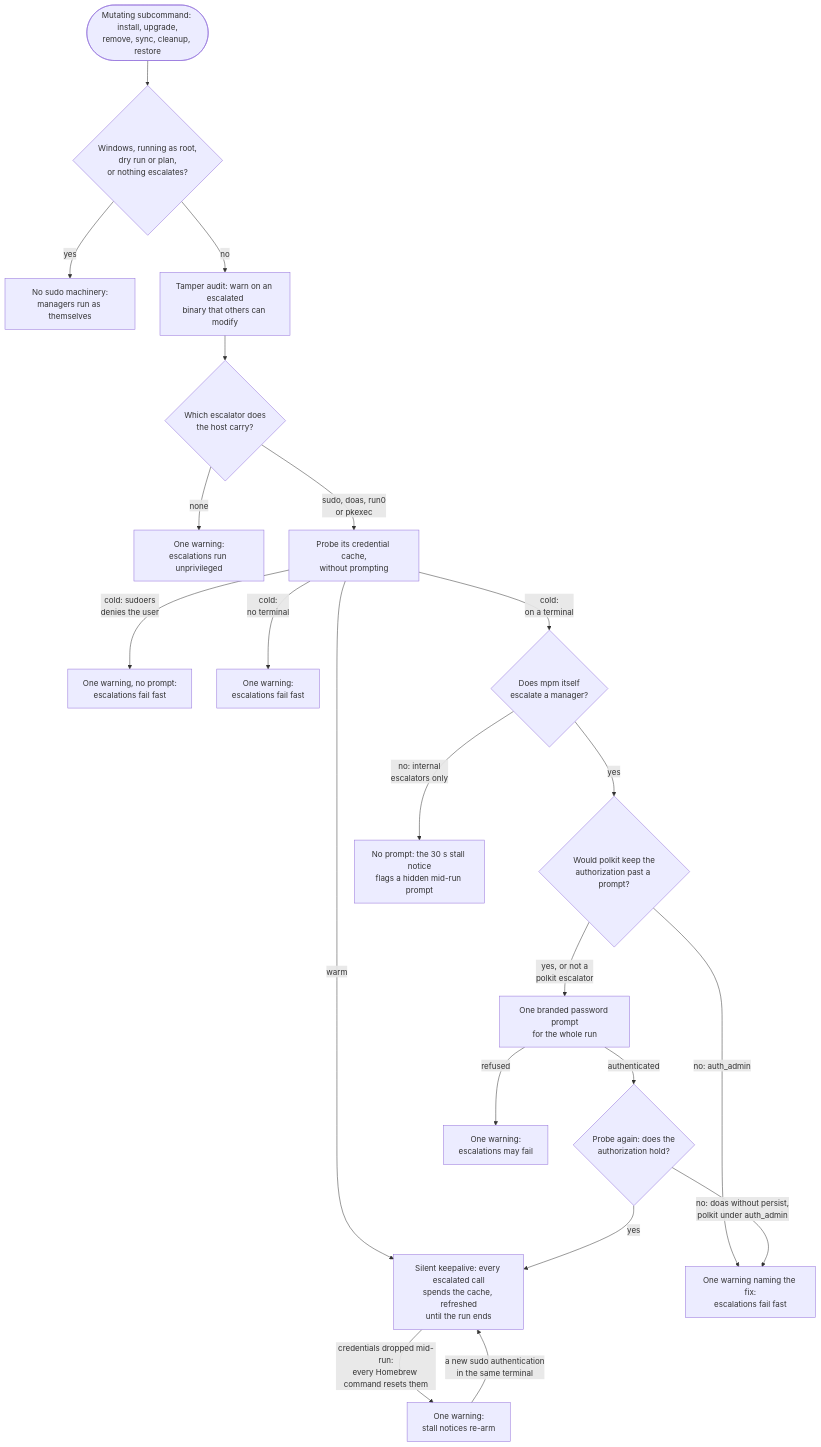
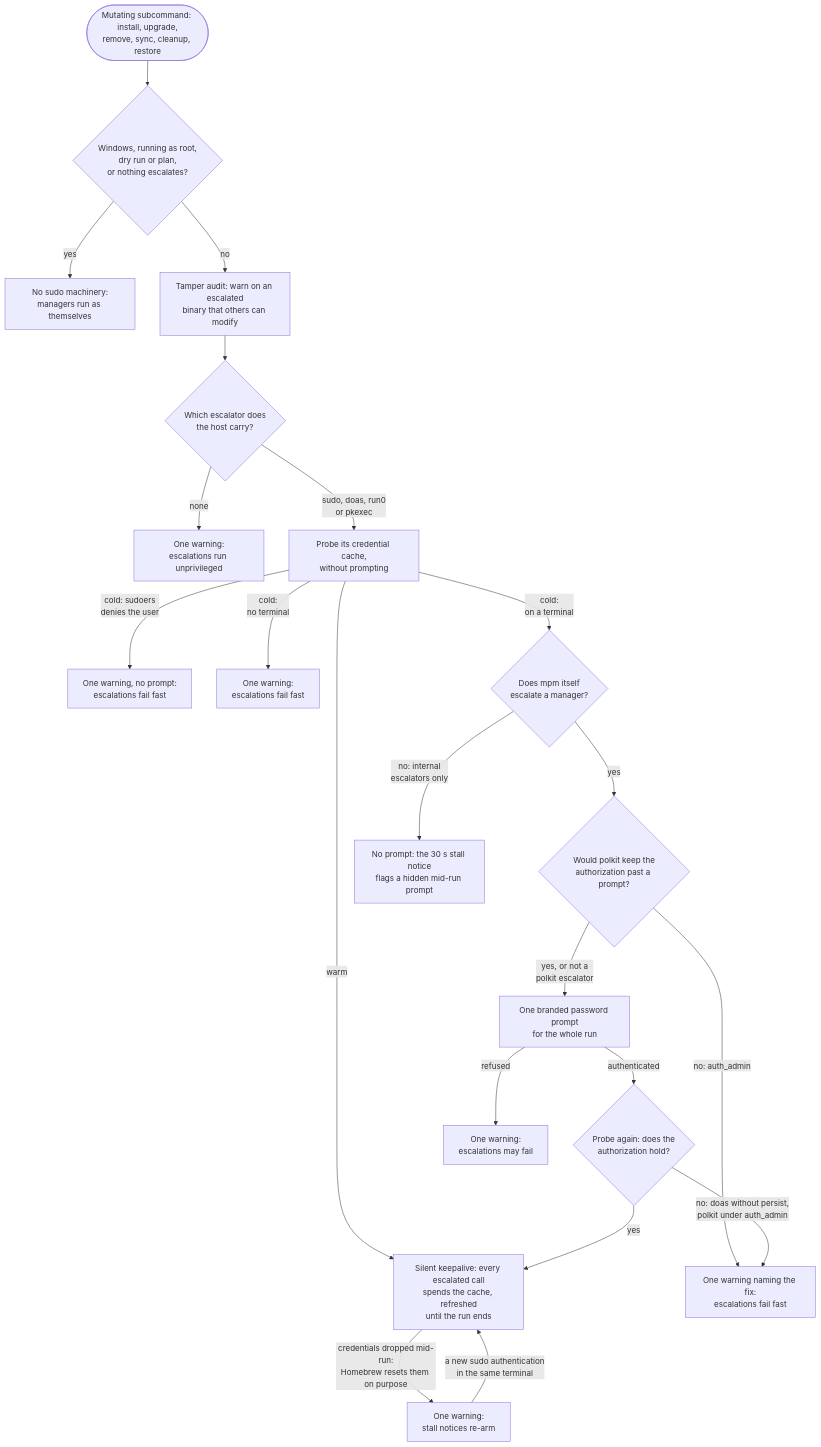
The diagram in docs/sudo.md (kdeldycke/meta-package-manager), drawn with Mermaid before and after one commit. The commit also changed other lines of this file and 6 other files, not shown here.

````diff
--- a/docs/sudo.md
+++ b/docs/sudo.md
@@ -127,23 +127,23 @@
 ```mermaid
 flowchart TD
     begin(["Mutating subcommand: install, upgrade,<br/>remove, sync, cleanup, restore"]) --> skip{"Windows, running as root,<br/>dry run or plan,<br/>or nothing escalates?"}
     skip -->|"yes"| bare["No sudo machinery:<br/>managers run as themselves"]
     skip -->|"no"| audit["Tamper audit: warn on an escalated<br/>binary that others can modify"]
     audit --> pick{"Which escalator does<br/>the host carry?"}
     pick -->|"none"| noesc["One warning:<br/>escalations run unprivileged"]
     pick -->|"sudo, doas, run0<br/>or pkexec"| probe["Probe its credential cache,<br/>without prompting"]
     probe -->|"warm"| keepalive["Silent keepalive: every escalated call<br/>spends the cache, refreshed<br/>until the run ends"]
     probe -->|"cold: sudoers<br/>denies the user"| denied["One warning, no prompt:<br/>escalations fail fast"]
     probe -->|"cold:<br/>no terminal"| notty["One warning:<br/>escalations fail fast"]
     probe -->|"cold:<br/>on a terminal"| who{"Does mpm itself<br/>escalate a manager?"}
     who -->|"yes"| kept{"Would polkit keep the<br/>authorization past a prompt?"}
     who -->|"no: internal<br/>escalators only"| stall["No prompt: the 30 s stall notice<br/>flags a hidden mid-run prompt"]
     kept -->|"no: auth_admin"| nokeep["One warning naming the fix:<br/>escalations fail fast"]
     kept -->|"yes, or not a<br/>polkit escalator"| prompt["One branded password prompt<br/>for the whole run"]
     prompt -->|"authenticated"| reprobe{"Probe again: does the<br/>authorization hold?"}
     reprobe -->|"yes"| keepalive
     reprobe -->|"no: doas without persist,<br/>polkit under auth_admin"| nokeep
     prompt -->|"refused"| failed["One warning:<br/>escalations may fail"]
-    keepalive -->|"credentials dropped mid-run:<br/>every Homebrew command resets them"| dropped["One warning:<br/>stall notices re-arm"]
+    keepalive -->|"credentials dropped mid-run:<br/>Homebrew resets them on purpose"| dropped["One warning:<br/>stall notices re-arm"]
     dropped -->|"a new sudo authentication<br/>in the same terminal"| keepalive
 ```
````
